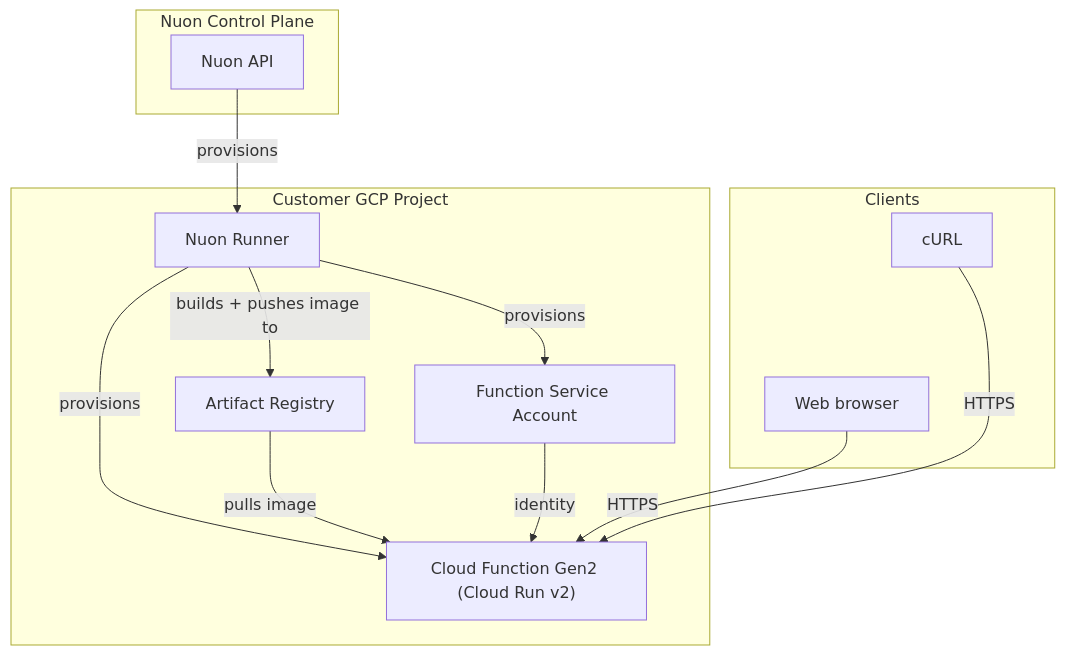
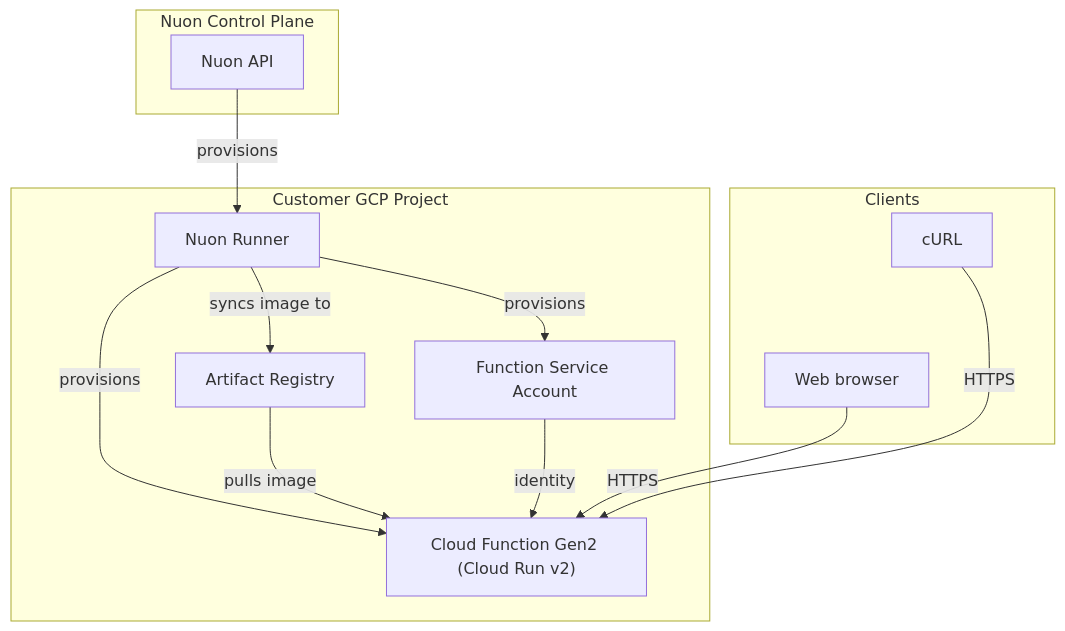
Before and after one commit to nuonco/example-app-configs: the diagram in gcp-cloud-function/README.md, drawn with Mermaid. The commit also changed other lines of this file and 66 other files, not shown here.

````diff
--- a/gcp-cloud-function/README.md
+++ b/gcp-cloud-function/README.md
@@ -28,32 +28,32 @@
 ```mermaid
 
   graph TD
 
       subgraph Nuon["Nuon Control Plane"]
           NuonAPI["Nuon API"]
       end
 
       subgraph Clients["Clients"]
           cURL["cURL"]
           Browser["Web browser"]
           cURL ~~~ Browser
       end
 
       subgraph Project["Customer GCP Project"]
           Runner["Nuon Runner"]
           AR["Artifact Registry"]
           SA["Function Service Account"]
           CloudFn["Cloud Function Gen2 (Cloud Run v2)"]
       end
 
       NuonAPI -->|provisions| Runner
-      Runner -->|builds + pushes image to| AR
+      Runner -->|syncs image to| AR
       Runner -->|provisions| SA
       Runner -->|provisions| CloudFn
       AR -->|pulls image| CloudFn
       SA -->|identity| CloudFn
 
       Browser -->|HTTPS| CloudFn
       cURL -->|HTTPS| CloudFn
 
 ```
````
